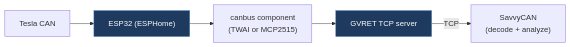
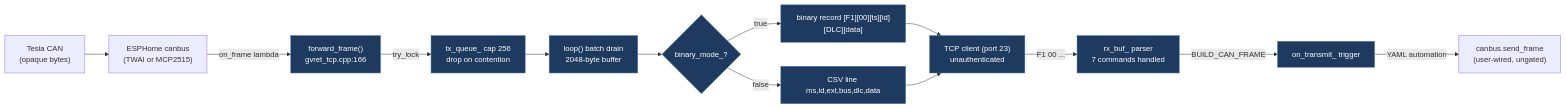
The first of 2 diagrams in docs/legacy/krconv-tesla_can_decoding.md (babico/TeslaCANModder), drawn with Mermaid before and after one commit. The commit also changed other lines of this file and 99 other files, not shown here.

````diff
--- a/docs/legacy/krconv-tesla_can_decoding.md
+++ b/docs/legacy/krconv-tesla_can_decoding.md
@@ -19,9 +78,16 @@
 ```mermaid
 flowchart LR
-    Car["Tesla CAN"] --> ESP32["ESP32 (ESPHome)"]
-    ESP32 --> TWAI["canbus component<br/>(TWAI or MCP2515)"]
-    TWAI --> GVRET["GVRET TCP server"]
-    GVRET -->|TCP| Savvy["SavvyCAN<br/>(decode + analyze)"]
-    classDef path fill:#1e3a5f,stroke:#4a7fb5,color:#fff
-    class ESP32,GVRET path
+    Car["Tesla CAN<br/>(opaque bytes)"] --> ESPHome["ESPHome canbus<br/>(TWAI or MCP2515)"]
+    ESPHome -->|on_frame lambda| Fwd["forward_frame()<br/>gvret_tcp.cpp:166"]
+    Fwd -->|try_lock| Q["tx_queue_ cap 256<br/>drop on contention"]
+    Q --> Loop["loop() batch drain<br/>2048-byte buffer"]
+    Loop --> Enc{"binary_mode_?"}
+    Enc -->|true| Bin["binary record [F1][00][ts][id][DLC][data]"]
+    Enc -->|false| CSV["CSV line ms,id,ext,bus,dlc,data"]
+    Bin & CSV --> TCP["TCP client (port 23)<br/>unauthenticated"]
+    TCP -->|F1 00 ...| Rx["rx_buf_ parser<br/>7 commands handled"]
+    Rx -->|BUILD_CAN_FRAME| Trig["on_transmit_ trigger"]
+    Trig -->|YAML automation| ESPHome2["canbus.send_frame<br/>(user-wired, ungated)"]
+    classDef up fill:#1e3a5f,stroke:#4a7fb5,color:#fff
+    class Fwd,Q,Loop,Enc,Bin,CSV,TCP,Rx,Trig up
 ```
````
